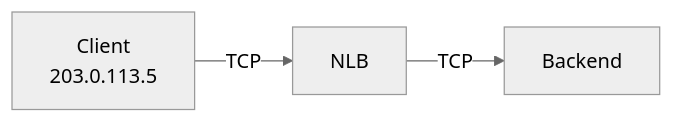
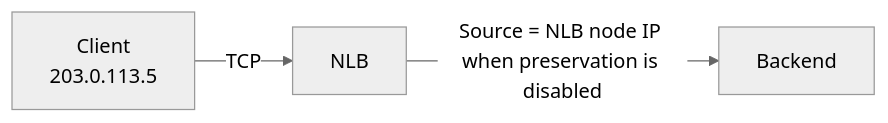
One commit to kube-dojo/kube-dojo.github.io changed the eighth of 13 diagrams in src/content/docs/platform/foundations/advanced-networking/module-1.5-load-balancing.md. Above: the diagram before and after it, drawn with Mermaid (neutral theme). The commit also changed other lines of this file, not shown here.

Commit message:
fix(content): preserve diagnostic reasoning in NLB assessment (#2282)

````diff
--- a/src/content/docs/platform/foundations/advanced-networking/module-1.5-load-balancing.md
+++ b/src/content/docs/platform/foundations/advanced-networking/module-1.5-load-balancing.md
@@ -355,5 +355,5 @@
 ```mermaid
 flowchart LR
     Client["Client\n203.0.113.5"] -- TCP --> NLB["NLB"]
-    NLB -- TCP --> Backend
+    NLB -- "Source = NLB node IP when preservation is disabled" --> Backend
 ```
````
